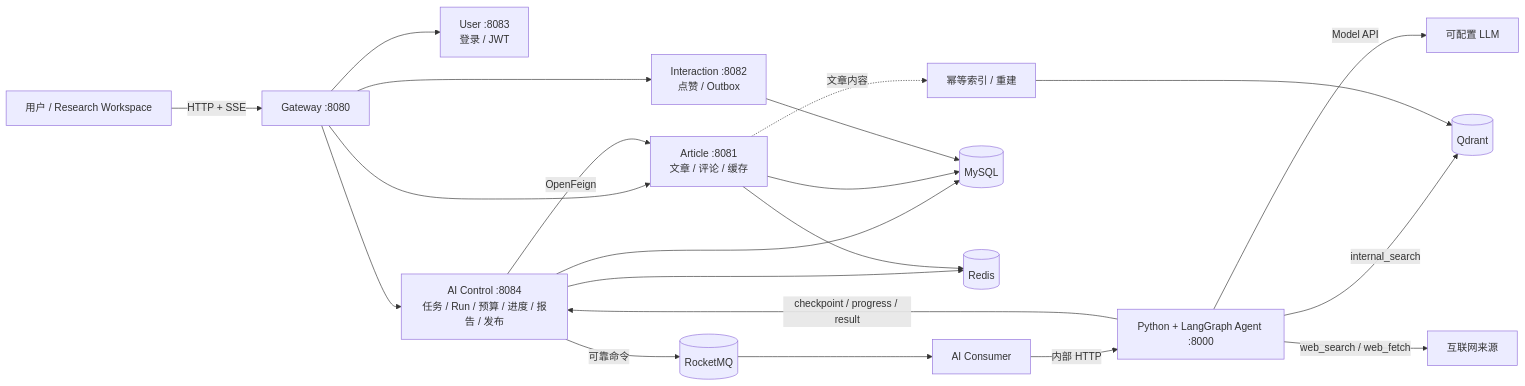
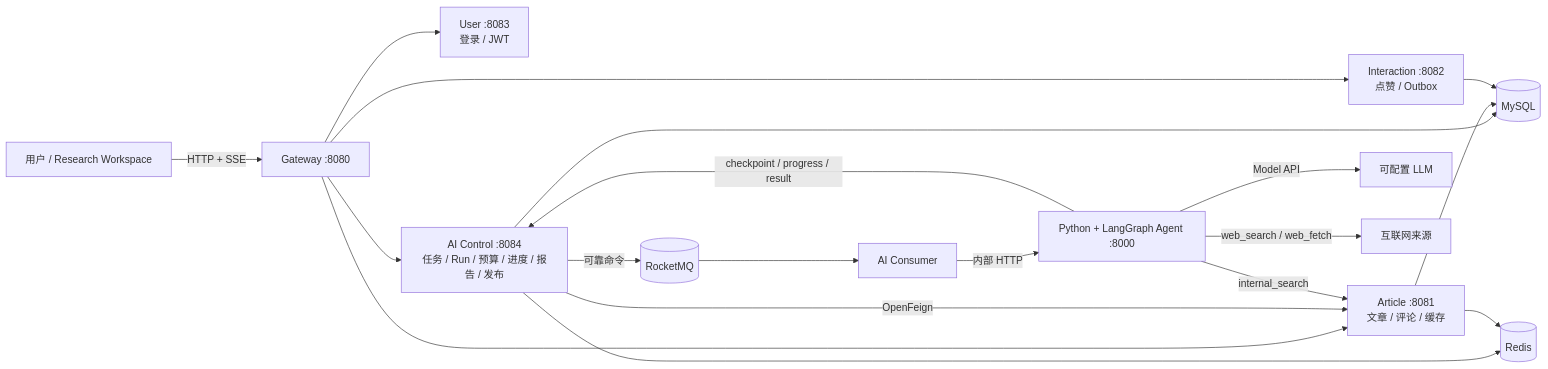
Before and after one commit to hzyang0/XPlanet: the diagram in docs/XPlanet-秋招版最终方案.md, drawn with Mermaid. The commit also changed other lines of this file and 23 other files, not shown here.

````diff
--- a/docs/XPlanet-秋招版最终方案.md
+++ b/docs/XPlanet-秋招版最终方案.md
@@ -217,28 +217,26 @@
 ```mermaid
 flowchart LR
     U["用户 / Research Workspace"] -->|"HTTP + SSE"| G["Gateway :8080"]
 
     G --> US["User :8083<br/>登录 / JWT"]
     G --> AR["Article :8081<br/>文章 / 评论 / 缓存"]
     G --> IN["Interaction :8082<br/>点赞 / Outbox"]
     G --> AI["AI Control :8084<br/>任务 / Run / 预算 / 进度 / 报告 / 发布"]
 
     AI -->|"OpenFeign"| AR
     AI -->|"可靠命令"| MQ[("RocketMQ")]
     MQ --> AIC["AI Consumer"]
     AIC -->|"内部 HTTP"| AG["Python + LangGraph Agent :8000"]
 
     AG -->|"Model API"| LLM["可配置 LLM"]
     AG -->|"web_search / web_fetch"| WEB["互联网来源"]
-    AG -->|"internal_search"| QD[("Qdrant")]
+    AG -->|"internal_search"| AR
     AG -->|"checkpoint / progress / result"| AI
 
     AI --> DB[("MySQL")]
     AR --> DB
     IN --> DB
     AI --> RD[("Redis")]
     AR --> RD
 
-    AR -. "文章内容" .-> IDX["幂等索引 / 重建"]
-    IDX --> QD
 ```
````
